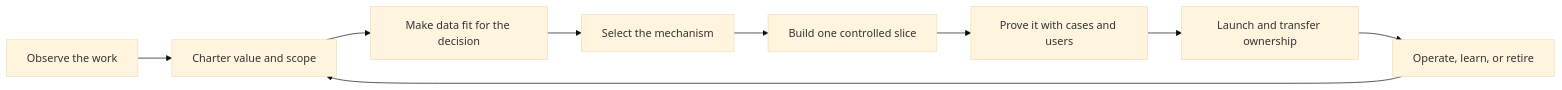
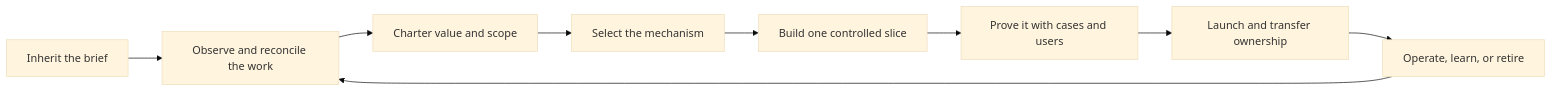
The first of 2 diagrams in guide/README.md (davidahmann/fde-guide), drawn with Mermaid (base theme) before and after one commit. The commit also changed other lines of this file and 42 other files, not shown here.

````diff
--- a/guide/README.md
+++ b/guide/README.md
@@ -30,11 +30,11 @@
 ```mermaid
 flowchart LR
-    A["Observe the work"] --> B["Charter value and scope"]
-    B --> C["Make data fit for the decision"]
+    A["Inherit the brief"] --> B["Observe and reconcile the work"]
+    B --> C["Charter value and scope"]
     C --> D["Select the mechanism"]
     D --> E["Build one controlled slice"]
     E --> F["Prove it with cases and users"]
     F --> G["Launch and transfer ownership"]
     G --> H["Operate, learn, or retire"]
     H --> B
 ```
````
